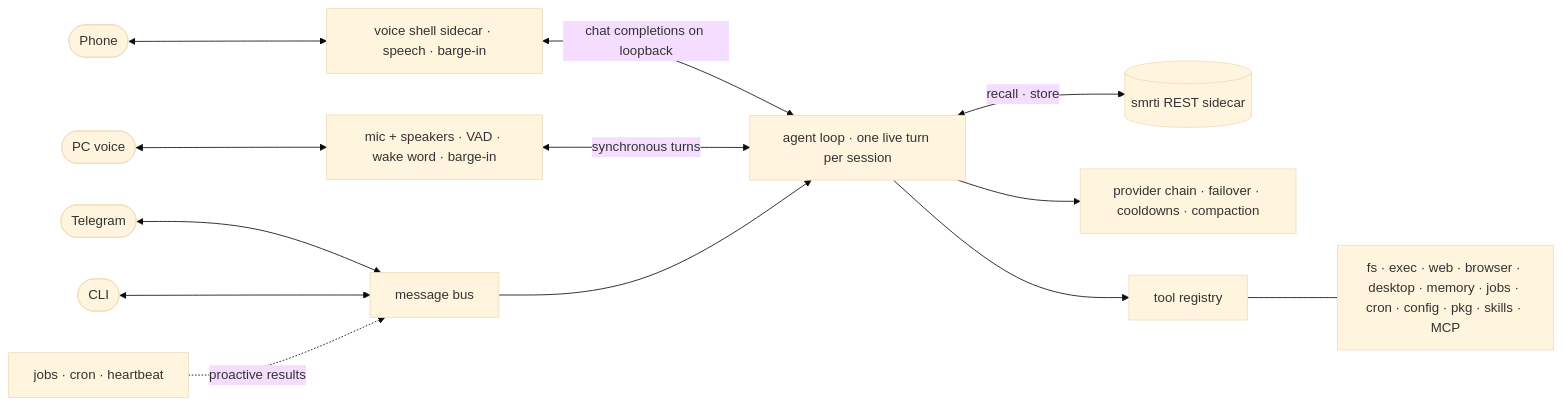
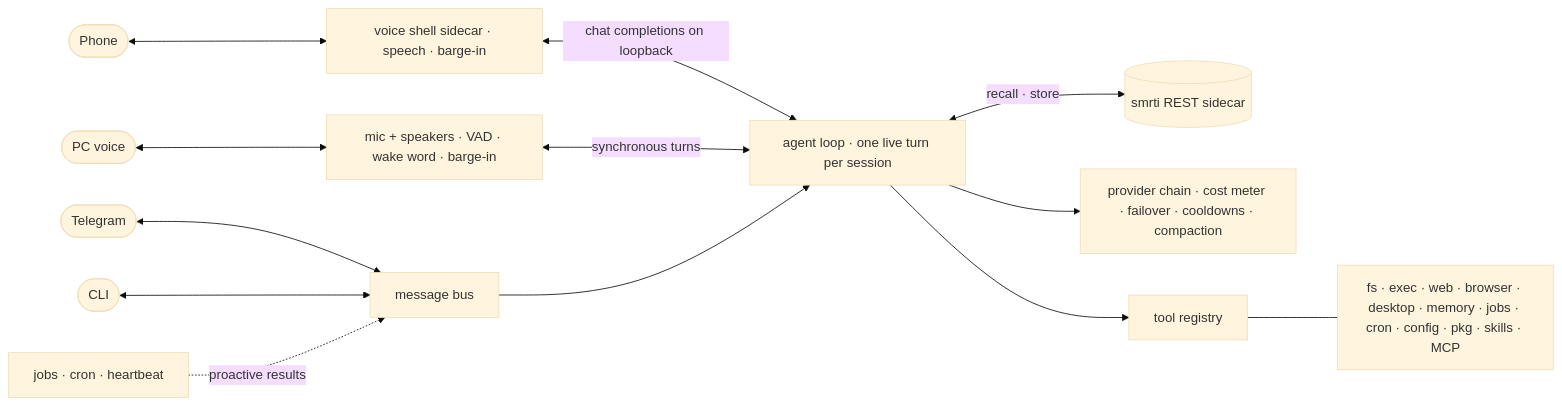
The first of 2 diagrams in README.md (cyqlelabs/factor), drawn with Mermaid (base theme) before and after one commit. The commit also changed other lines of this file and 28 other files, not shown here.

First line of the commit message:
feat(cost): price every provider call, with per-session and global budget caps

````diff
--- a/README.md
+++ b/README.md
@@ -50,15 +51,15 @@
 ```mermaid
 flowchart LR
     TG([Telegram]) <--> BUS
     CLI([CLI]) <--> BUS
     PH([Phone]) <--> SHELL["voice shell sidecar · speech · barge-in"]
     SHELL <-->|chat completions on loopback| LOOP
     PC([PC voice]) <--> MIC["mic + speakers · VAD · wake word · barge-in"]
     MIC <-->|synchronous turns| LOOP
     BUS[message bus] --> LOOP["agent loop · one live turn per session"]
     LOOP <-->|recall · store| MEM[("smrti REST sidecar")]
-    LOOP --> PROV["provider chain · failover · cooldowns · compaction"]
+    LOOP --> PROV["provider chain · cost meter · failover · cooldowns · compaction"]
     LOOP --> REG[tool registry]
     REG --- SUITES["fs · exec · web · browser · desktop · memory · jobs · cron · config · pkg · skills · MCP"]
     BG[jobs · cron · heartbeat] -.->|proactive results| BUS
 ```
````
